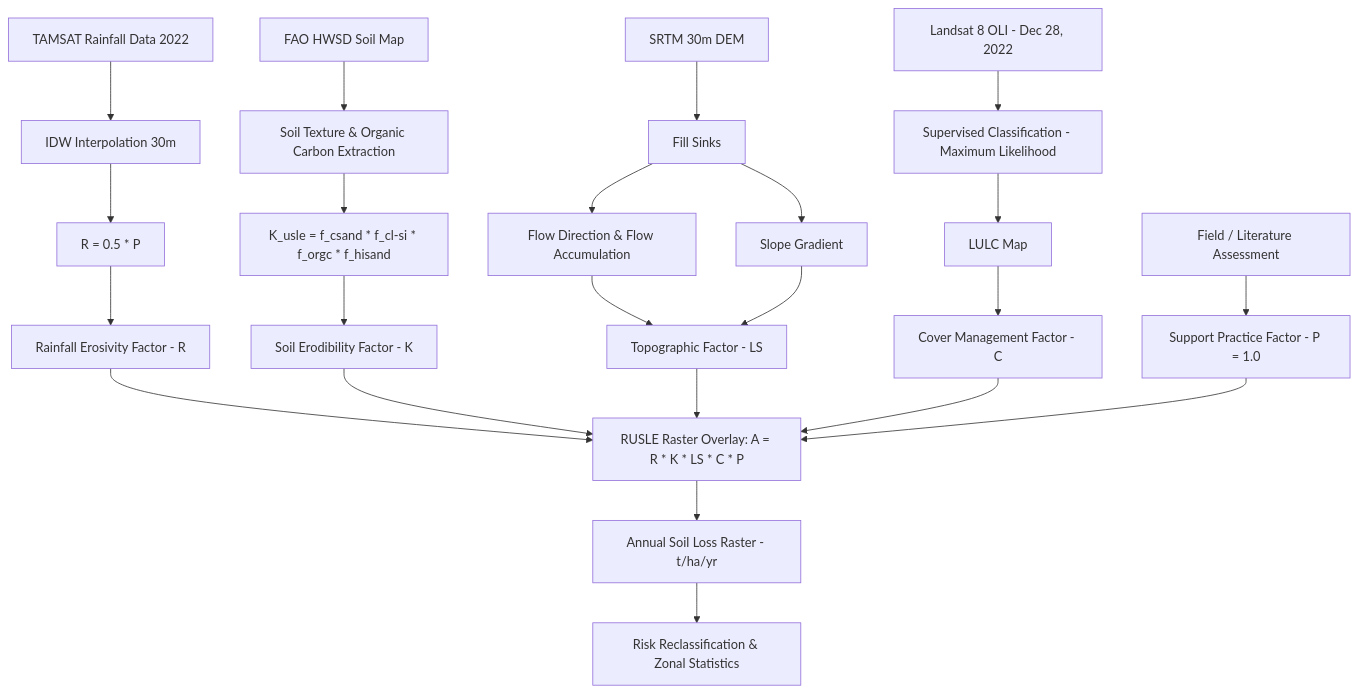
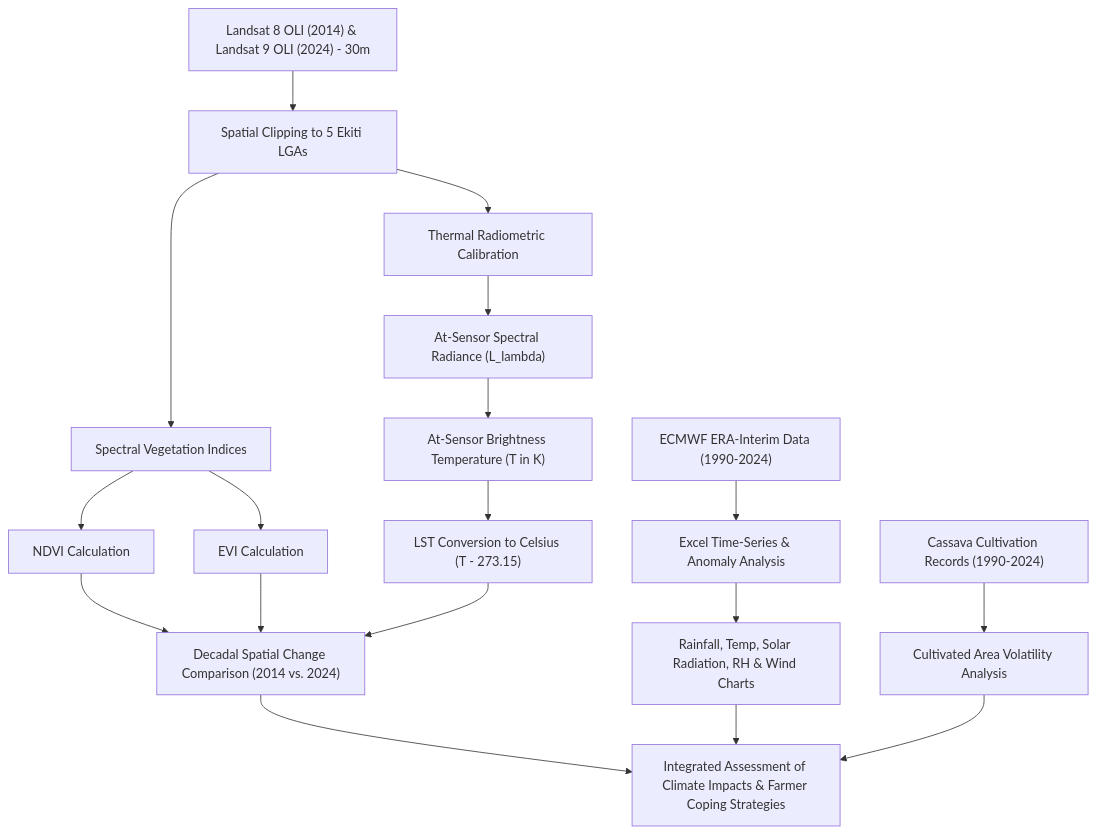
Before and after one commit to oluwasegunopaul-hub/Geospatial_Remote_Sensing_Portfolio: the diagram in climate_change_cassava_production/README.md, drawn with Mermaid. The commit also changed other lines of this file, not shown here.

````diff
--- a/climate_change_cassava_production/README.md
+++ b/climate_change_cassava_production/README.md
@@ -92,25 +101,21 @@
 ```mermaid
 flowchart TD
-    A[TAMSAT Rainfall Data 2022] --> B[IDW Interpolation 30m]
-    B --> C["R = 0.5 * P"]
-    C --> R[Rainfall Erosivity Factor - R]
+    A["Landsat 8 OLI (2014) & Landsat 9 OLI (2024) - 30m"] --> B["Spatial Clipping to 5 Ekiti LGAs"]
+    B --> C["Spectral Vegetation Indices"]
+    B --> D["Thermal Radiometric Calibration"]
 
-    D[FAO HWSD Soil Map] --> E[Soil Texture & Organic Carbon Extraction]
-    E --> F["K_usle = f_csand * f_cl-si * f_orgc * f_hisand"]
-    F --> K[Soil Erodibility Factor - K]
+    C --> E["NDVI Calculation"]
+    C --> F["EVI Calculation"]
 
-    G[SRTM 30m DEM] --> H[Fill Sinks]
-    H --> I[Flow Direction & Flow Accumulation]
-    H --> J[Slope Gradient]
-    I & J --> LS[Topographic Factor - LS]
+    D --> G["At-Sensor Spectral Radiance (L_lambda)"]
+    G --> H["At-Sensor Brightness Temperature (T in K)"]
+    H --> I["LST Conversion to Celsius (T - 273.15)"]
 
-    L[Landsat 8 OLI - Dec 28, 2022] --> M[Supervised Classification - Maximum Likelihood]
-    M --> N[LULC Map]
-    N --> C_FAC[Cover Management Factor - C]
+    J["ECMWF ERA-Interim Data (1990-2024)"] --> K["Excel Time-Series & Anomaly Analysis"]
+    K --> L["Rainfall, Temp, Solar Radiation, RH & Wind Charts"]
 
-    O[Field / Literature Assessment] --> P[Support Practice Factor - P = 1.0]
+    M["Cassava Cultivation Records (1990-2024)"] --> N["Cultivated Area Volatility Analysis"]
 
-    R & K & LS & C_FAC & P --> Q["RUSLE Raster Overlay: A = R * K * LS * C * P"]
-    Q --> S[Annual Soil Loss Raster - t/ha/yr]
-    S --> T[Risk Reclassification & Zonal Statistics]
+    E & F & I --> O["Decadal Spatial Change Comparison (2014 vs. 2024)"]
+    O & L & N --> P["Integrated Assessment of Climate Impacts & Farmer Coping Strategies"]
 ```
````
